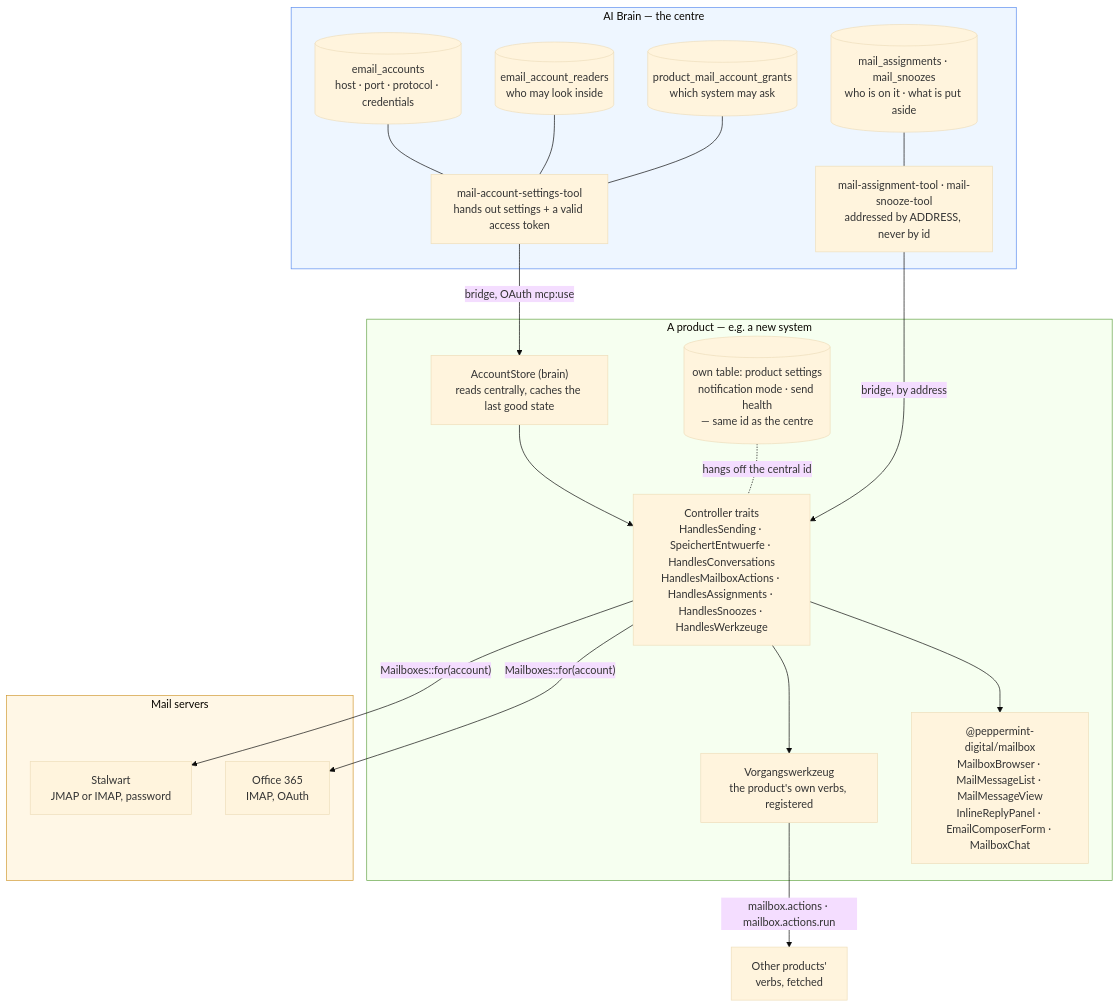
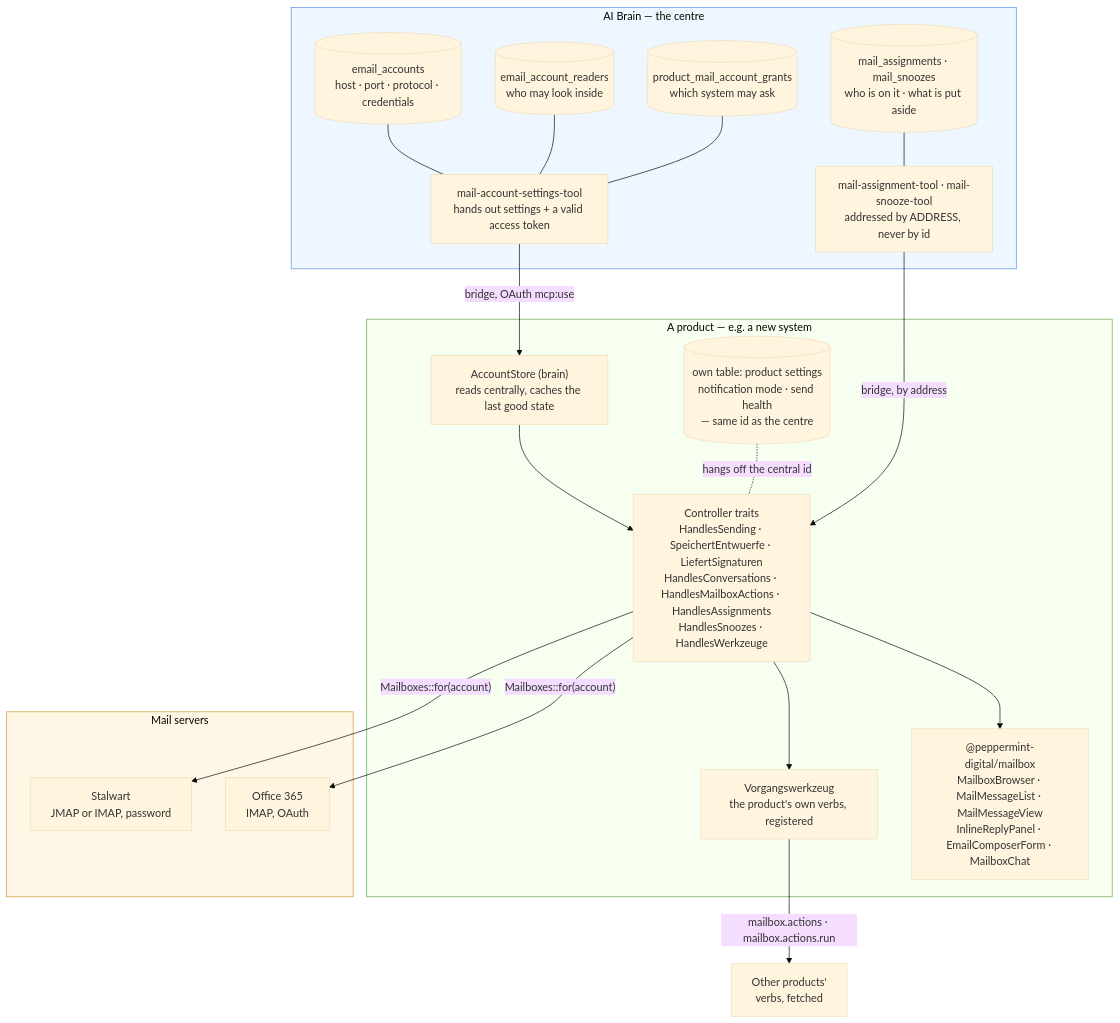
Before and after one commit to peppermint-digital/mailbox: the diagram in docs/INTEGRATION.md, drawn with Mermaid (base theme). The commit also changed other lines of this file and 6 other files, not shown here.

````diff
--- a/docs/INTEGRATION.md
+++ b/docs/INTEGRATION.md
@@ -12,42 +12,42 @@
 ```mermaid
 flowchart TB
     subgraph centre["AI Brain — the centre"]
         accounts[("email_accounts<br/>host · port · protocol · credentials")]
         readers[("email_account_readers<br/>who may look inside")]
         grants[("product_mail_account_grants<br/>which system may ask")]
         state[("mail_assignments · mail_snoozes<br/>who is on it · what is put aside")]
         tool["mail-account-settings-tool<br/>hands out settings + a valid access token"]
         statetool["mail-assignment-tool · mail-snooze-tool<br/>addressed by ADDRESS, never by id"]
         accounts --- tool
         readers --- tool
         grants --- tool
         state --- statetool
     end
 
     subgraph product["A product — e.g. a new system"]
         store["AccountStore (brain)<br/>reads centrally, caches the last good state"]
-        traits["Controller traits<br/>HandlesSending · SpeichertEntwuerfe · HandlesConversations<br/>HandlesMailboxActions · HandlesAssignments · HandlesSnoozes · HandlesWerkzeuge"]
+        traits["Controller traits<br/>HandlesSending · SpeichertEntwuerfe · LiefertSignaturen<br/>HandlesConversations · HandlesMailboxActions · HandlesAssignments<br/>HandlesSnoozes · HandlesWerkzeuge"]
         settings[("own table: product settings<br/>notification mode · send health<br/>— same id as the centre")]
         verbs["Vorgangswerkzeug<br/>the product's own verbs, registered"]
         traits --> verbs
         ui["@peppermint-digital/mailbox<br/>MailboxBrowser · MailMessageList · MailMessageView<br/>InlineReplyPanel · EmailComposerForm · MailboxChat"]
         store --> traits
         traits --> ui
         settings -. "hangs off the central id" .- traits
     end
 
     subgraph servers["Mail servers"]
         stalwart["Stalwart<br/>JMAP or IMAP, password"]
         o365["Office 365<br/>IMAP, OAuth"]
     end
 
     tool -->|"bridge, OAuth mcp:use"| store
     statetool -->|"bridge, by address"| traits
     verbs -->|"mailbox.actions · mailbox.actions.run"| other["Other products'<br/>verbs, fetched"]
     traits -->|"Mailboxes::for(account)"| stalwart
     traits -->|"Mailboxes::for(account)"| o365
 
     style centre fill:#eef6ff,stroke:#5b8def
     style product fill:#f6fff0,stroke:#64a447
     style servers fill:#fff7e6,stroke:#d19a33
 ```
````
